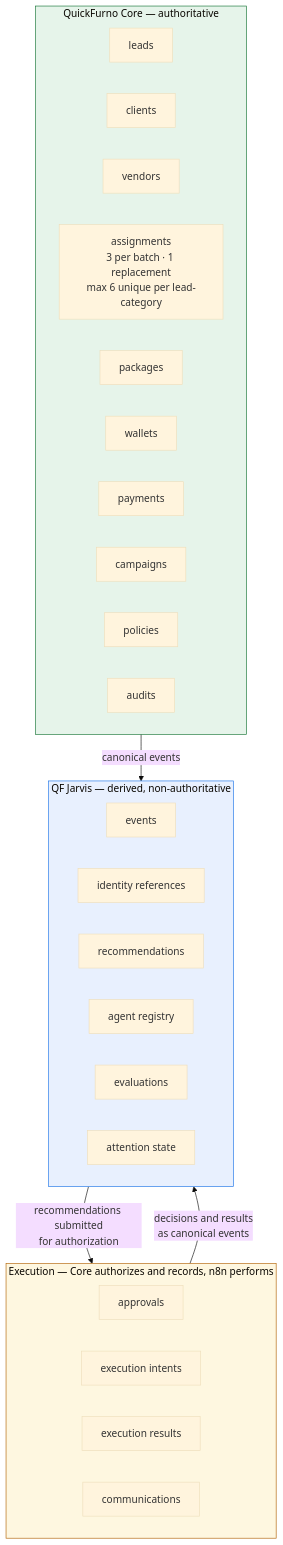
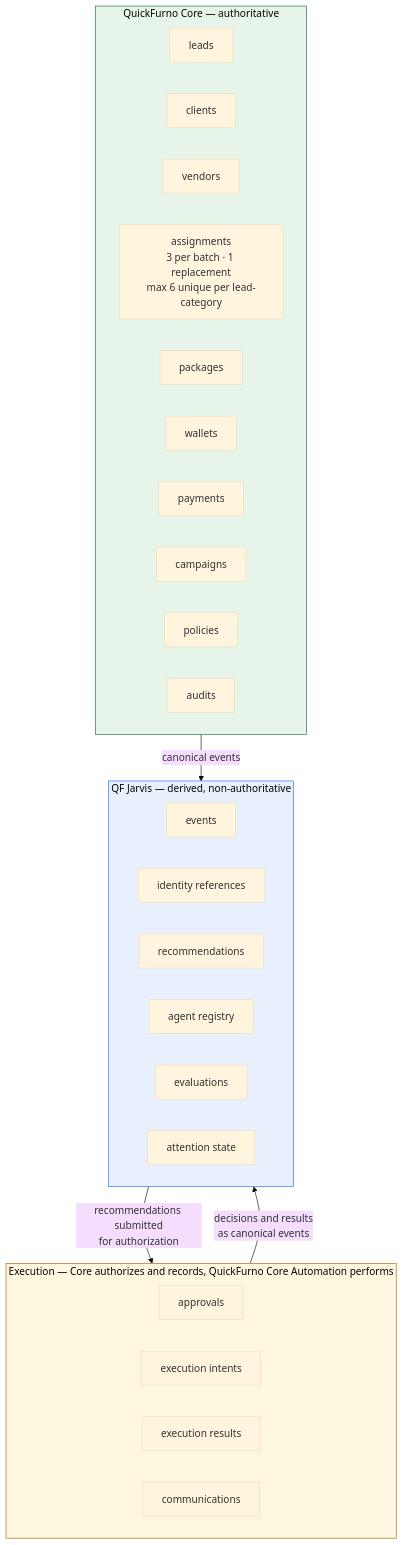
Before and after one commit to quickfurno-maker/qf-jarvis: the diagram in docs/architecture/domain-map.md, drawn with Mermaid (base theme). The commit also changed other lines of this file and 531 other files, not shown here.

````diff
--- a/docs/architecture/domain-map.md
+++ b/docs/architecture/domain-map.md
@@ -90,39 +90,39 @@
 ```mermaid
 flowchart TB
     subgraph CoreDomains["QuickFurno Core — authoritative"]
         L["leads"]
         C["clients"]
         V["vendors"]
         AS["assignments<br/>3 per batch · 1 replacement<br/>max 6 unique per lead-category"]
         PK["packages"]
         W["wallets"]
         PY["payments"]
         CM["campaigns"]
         PO["policies"]
         AU["audits"]
     end
 
-    subgraph ExecDomains["Execution — Core authorizes and records, n8n performs"]
+    subgraph ExecDomains["Execution — Core authorizes and records, QuickFurno Core Automation performs"]
         AP["approvals"]
         EX["execution intents"]
         ER["execution results"]
         CO["communications"]
     end
 
     subgraph JarvisDomains["QF Jarvis — derived, non-authoritative"]
         EV["events"]
         IR["identity references"]
         RE["recommendations"]
         AR["agent registry"]
         EL["evaluations"]
         AT["attention state"]
     end
 
     CoreDomains -->|"canonical events"| JarvisDomains
     JarvisDomains -->|"recommendations submitted<br/>for authorization"| ExecDomains
     ExecDomains -->|"decisions and results<br/>as canonical events"| JarvisDomains
 
     style JarvisDomains fill:#e8f0fe,stroke:#1a73e8
     style CoreDomains fill:#e6f4ea,stroke:#137333
     style ExecDomains fill:#fef7e0,stroke:#b06000
 ```
````
